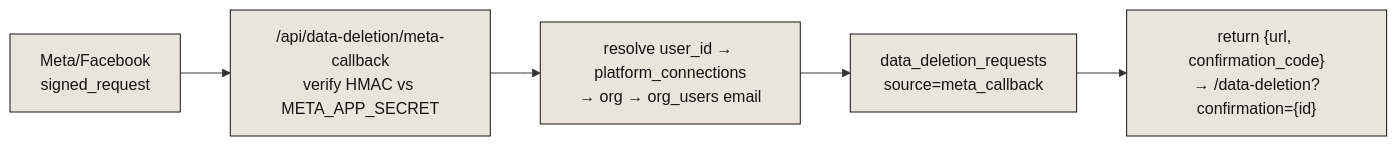
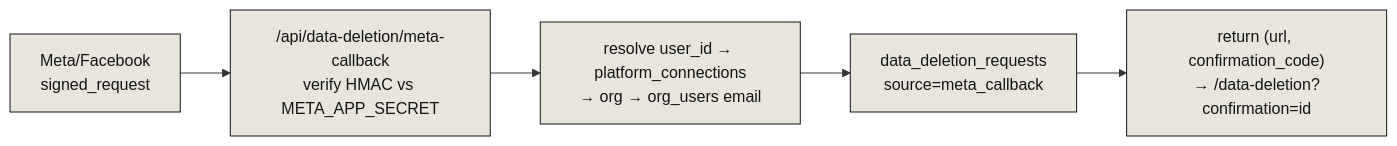
One commit to conceptsdeveloped/stowstack-next changed the sixth of 7 diagrams in docs/systems/11-security-compliance.md. Above: the diagram before and after it, drawn with Mermaid. The commit also changed 10 other files, not shown here.

First line of the commit message:
docs(systems): add intelligence/growth maps (14-17) + architecture map

````diff
--- a/docs/systems/11-security-compliance.md
+++ b/docs/systems/11-security-compliance.md
@@ -159,10 +159,10 @@
 ```mermaid
 flowchart LR
     META["Meta/Facebook<br/>signed_request"] --> CB["/api/data-deletion/meta-callback<br/>verify HMAC vs META_APP_SECRET"]
     CB --> RESOLVE["resolve user_id → platform_connections<br/>→ org → org_users email"]
     RESOLVE --> ROW["data_deletion_requests<br/>source=meta_callback"]
-    ROW --> RET["return {url, confirmation_code}<br/>→ /data-deletion?confirmation={id}"]
+    ROW --> RET["return (url, confirmation_code)<br/>→ /data-deletion?confirmation=id"]
 
     classDef c fill:#e8e6dc,stroke:#141413,color:#141413
     class META,CB,RESOLVE,ROW,RET c
 ```
````
